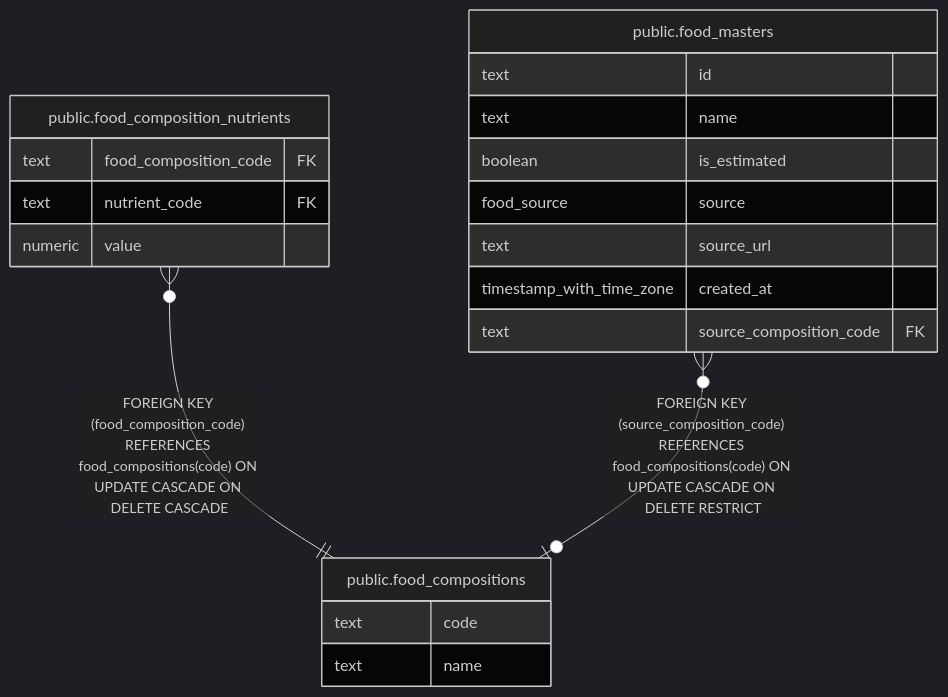
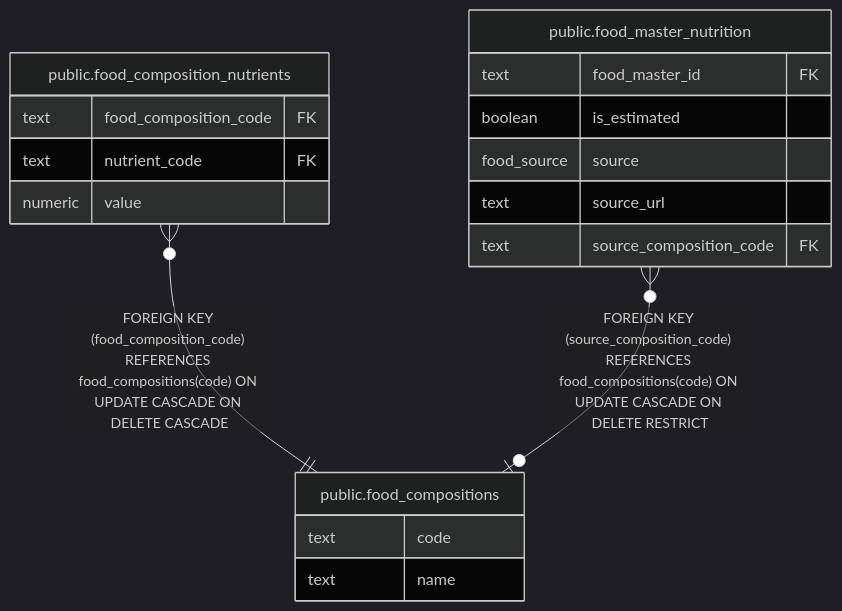
The diagram in docs/db/public.food_compositions.md (fohte/meshi), drawn with Mermaid (dark theme) before and after one commit. The commit also changed other lines of this file and 28 other files, not shown here.

Commit message:
nutrition: extract nutrition source metadata into a separate table (#237)

````diff
--- a/docs/db/public.food_compositions.md
+++ b/docs/db/public.food_compositions.md
@@ -32,25 +32,23 @@
 ```mermaid
 erDiagram
 
 "public.food_composition_nutrients" }o--|| "public.food_compositions" : "FOREIGN KEY (food_composition_code) REFERENCES food_compositions(code) ON UPDATE CASCADE ON DELETE CASCADE"
-"public.food_masters" }o--o| "public.food_compositions" : "FOREIGN KEY (source_composition_code) REFERENCES food_compositions(code) ON UPDATE CASCADE ON DELETE RESTRICT"
+"public.food_master_nutrition" }o--o| "public.food_compositions" : "FOREIGN KEY (source_composition_code) REFERENCES food_compositions(code) ON UPDATE CASCADE ON DELETE RESTRICT"
 
 "public.food_compositions" {
   text code
   text name
 }
 "public.food_composition_nutrients" {
   text food_composition_code FK
   text nutrient_code FK
   numeric value
 }
-"public.food_masters" {
-  text id
-  text name
+"public.food_master_nutrition" {
+  text food_master_id FK
   boolean is_estimated
   food_source source
   text source_url
-  timestamp_with_time_zone created_at
   text source_composition_code FK
 }
 ```
````
